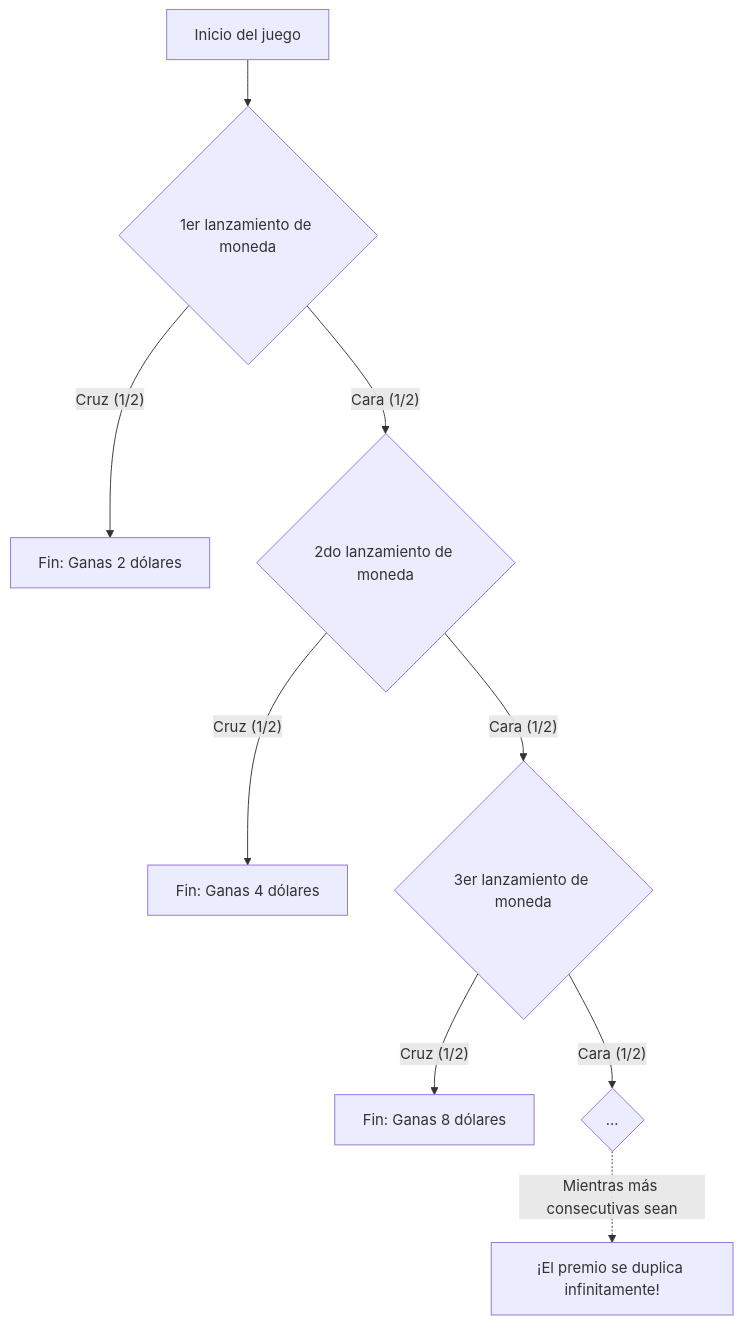
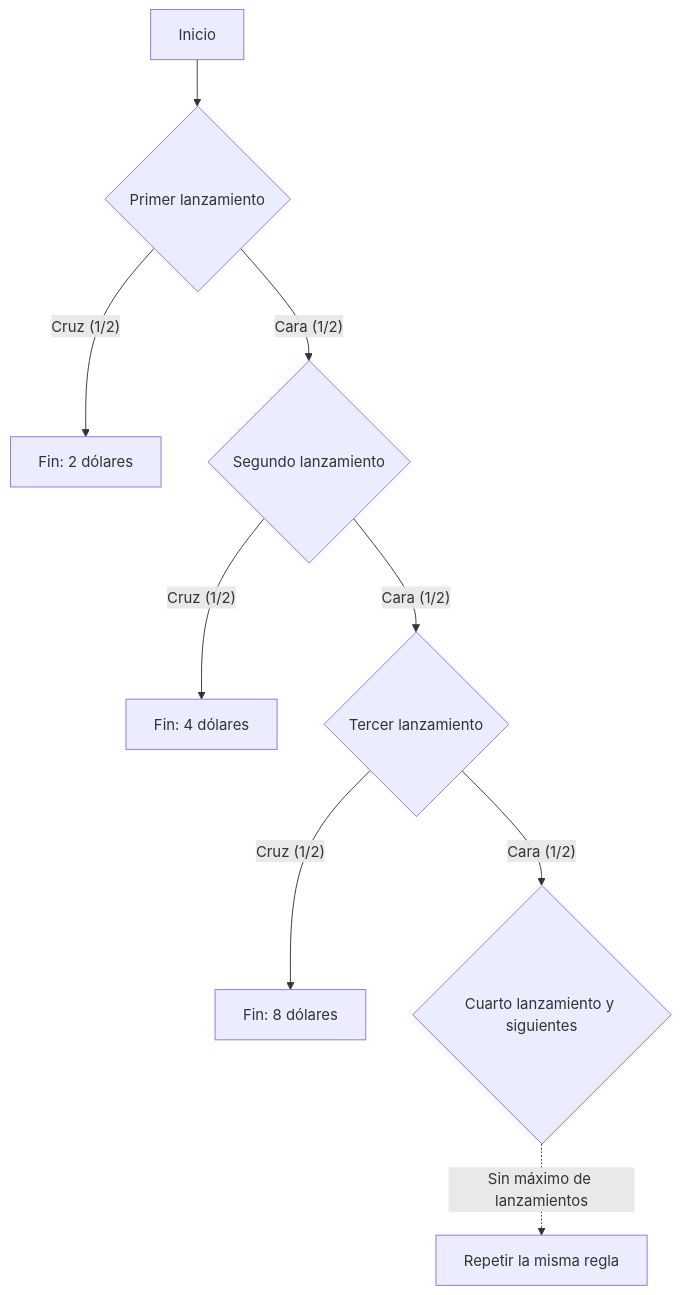
The diagram in content/post/サンクトペテルブルクのパラドックス/index.es.md (kenjinote/blog), drawn with Mermaid before and after one commit. The commit also changed other lines of this file and 8 other files, not shown here.

````diff
--- a/content/post/サンクトペテルブルクのパラドックス/index.es.md
+++ b/content/post/サンクトペテルブルクのパラドックス/index.es.md
@@ -33,15 +32,11 @@
 ```mermaid
 graph TD
-    Start["Inicio del juego"] --> Toss1{"1er lanzamiento de moneda"}
-    
-    Toss1 -->|"Cruz (1/2)"| End1["Fin: Ganas 2 dólares"]
-    Toss1 -->|"Cara (1/2)"| Toss2{"2do lanzamiento de moneda"}
-    
-    Toss2 -->|"Cruz (1/2)"| End2["Fin: Ganas 4 dólares"]
-    Toss2 -->|"Cara (1/2)"| Toss3{"3er lanzamiento de moneda"}
-    
-    Toss3 -->|"Cruz (1/2)"| End3["Fin: Ganas 8 dólares"]
-    Toss3 -->|"Cara (1/2)"| Toss4{"..."}
-    
-    Toss4 -.->|"Mientras más consecutivas sean"| Infinite["¡El premio se duplica infinitamente!"]
+    Start["Inicio"] --> Toss1{"Primer lanzamiento"}
+    Toss1 -->|"Cruz (1/2)"| End1["Fin: 2 dólares"]
+    Toss1 -->|"Cara (1/2)"| Toss2{"Segundo lanzamiento"}
+    Toss2 -->|"Cruz (1/2)"| End2["Fin: 4 dólares"]
+    Toss2 -->|"Cara (1/2)"| Toss3{"Tercer lanzamiento"}
+    Toss3 -->|"Cruz (1/2)"| End3["Fin: 8 dólares"]
+    Toss3 -->|"Cara (1/2)"| Toss4{"Cuarto lanzamiento y siguientes"}
+    Toss4 -.->|"Sin máximo de lanzamientos"| Continue["Repetir la misma regla"]
 ```
````
